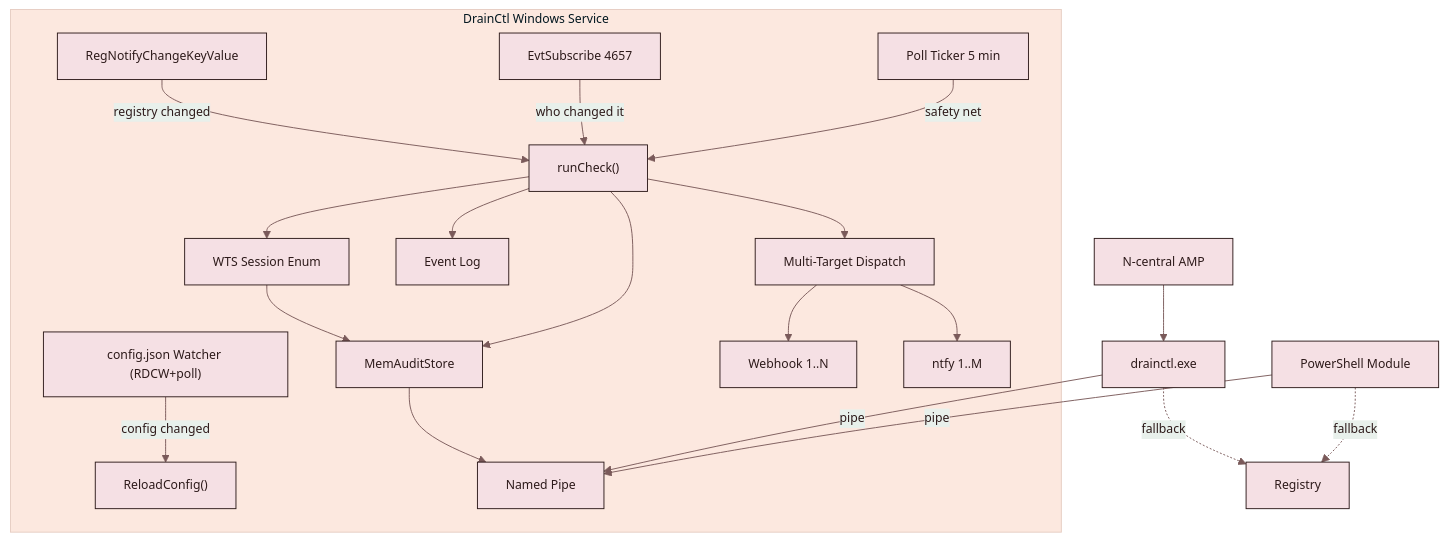
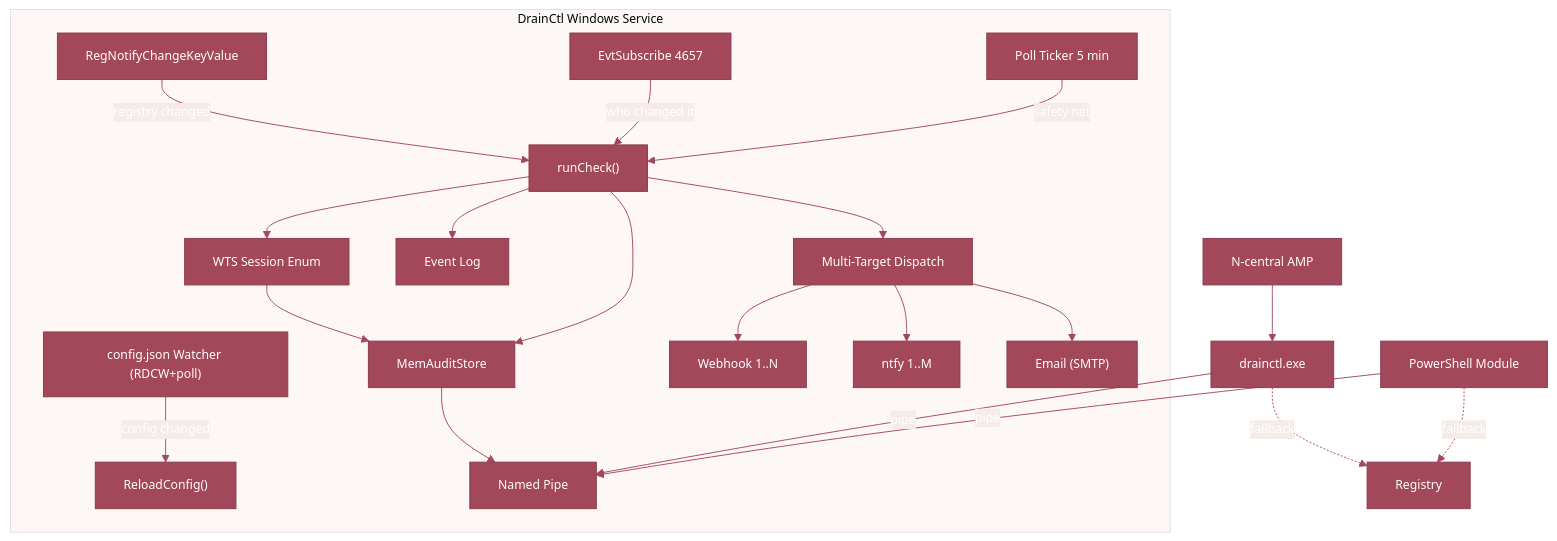
Before and after one commit to LISSConsulting/LISSTech.DrainCtl: the first of 2 diagrams in README.md, drawn with Mermaid. The commit also changed other lines of this file and 2 other files, not shown here.

````diff
--- a/README.md
+++ b/README.md
@@ -61,25 +61,26 @@
 ```mermaid
-%%{init: {'theme': 'base', 'themeVariables': {'fontFamily': 'monospace', 'fontSize': '13px', 'primaryBorderColor': '#2d1a1a', 'lineColor': '#7a5a5a', 'primaryColor': '#f5e0e4', 'primaryTextColor': '#2d1a1a', 'secondaryColor': '#e8f0eb', 'tertiaryColor': '#fce8df'}}}%%
+%%{init: {'theme': 'base', 'themeVariables': {'primaryColor': '#a3475b', 'primaryTextColor': '#fff', 'primaryBorderColor': '#8a3a4d', 'secondaryColor': '#f5ebe8', 'tertiaryColor': '#fdf8f6', 'lineColor': '#a3475b', 'fontFamily': 'monospace', 'fontSize': '13px'}}}%%
 graph TB
     subgraph SVC["DrainCtl Windows Service"]
         RNK["RegNotifyChangeKeyValue"] -->|"registry changed"| CHECK["runCheck()"]
         EVT["EvtSubscribe 4657"] -->|"who changed it"| CHECK
         POLL["Poll Ticker 5 min"] -->|"safety net"| CHECK
         CFG["config.json Watcher (RDCW+poll)"] -->|"config changed"| RELOAD["ReloadConfig()"]
         CHECK --> SESS["WTS Session Enum"]
         SESS --> STORE["MemAuditStore"]
         CHECK --> STORE
         CHECK --> ELOG["Event Log"]
         CHECK --> NOTIFY["Multi-Target Dispatch"]
         NOTIFY --> WH["Webhook 1..N"]
         NOTIFY --> NTFY["ntfy 1..M"]
+        NOTIFY --> EMAIL["Email (SMTP)"]
         STORE --> PIPE["Named Pipe"]
     end
 
     CLI["drainctl.exe"] -->|"pipe"| PIPE
     PS["PowerShell Module"] -->|"pipe"| PIPE
     NC["N-central AMP"] --> CLI
 
     CLI -.->|"fallback"| REG["Registry"]
     PS -.->|"fallback"| REG
 ```
````
